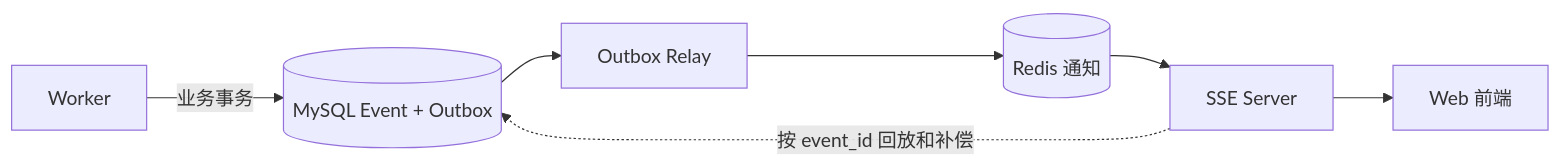
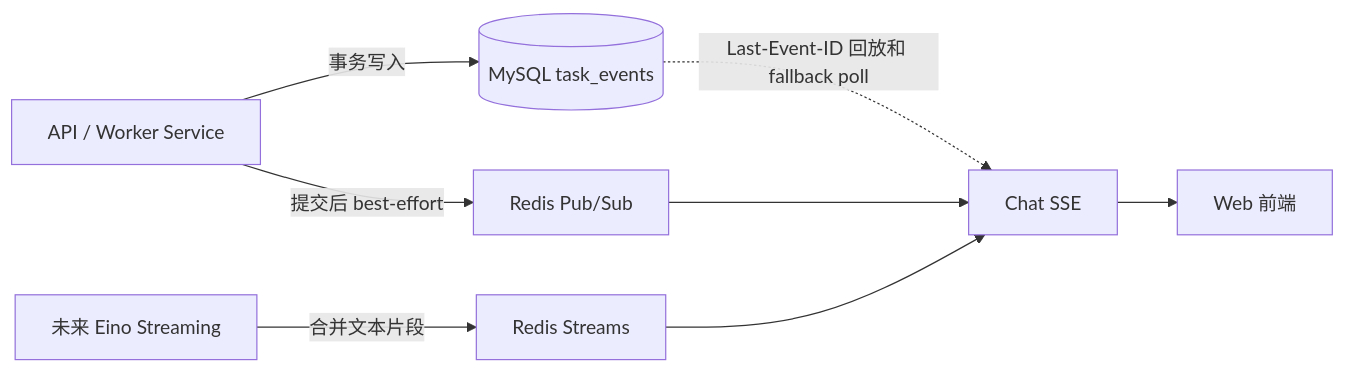
One commit to lgc202/gateway-agent changed the third of 3 diagrams in .codex/docs/02-网关智能体目标产品与架构设计.md. Above: the diagram before and after it, drawn with Mermaid. The commit also changed other lines of this file and 4 other files, not shown here.

````diff
--- a/.codex/docs/02-网关智能体目标产品与架构设计.md
+++ b/.codex/docs/02-网关智能体目标产品与架构设计.md
@@ -475,9 +491,10 @@
 ```mermaid
 flowchart LR
-    WORKER["Worker"] -->|"业务事务"| MYSQL[("MySQL Event + Outbox")]
-    MYSQL --> RELAY["Outbox Relay"]
-    RELAY --> REDIS[("Redis 通知")]
-    REDIS --> SSE["SSE Server"]
+    SERVICE["API / Worker Service"] -->|"事务写入"| MYSQL[("MySQL task_events")]
+    SERVICE -->|"提交后 best-effort"| PUB["Redis Pub/Sub"]
+    MODEL["未来 Eino Streaming"] -->|"合并文本片段"| STREAM["Redis Streams"]
+    PUB --> SSE["Chat SSE"]
+    STREAM --> SSE
+    MYSQL -. "Last-Event-ID 回放和 fallback poll" .-> SSE
     SSE --> UI["Web 前端"]
-    SSE -. "按 event_id 回放和补偿" .-> MYSQL
 ```
````
